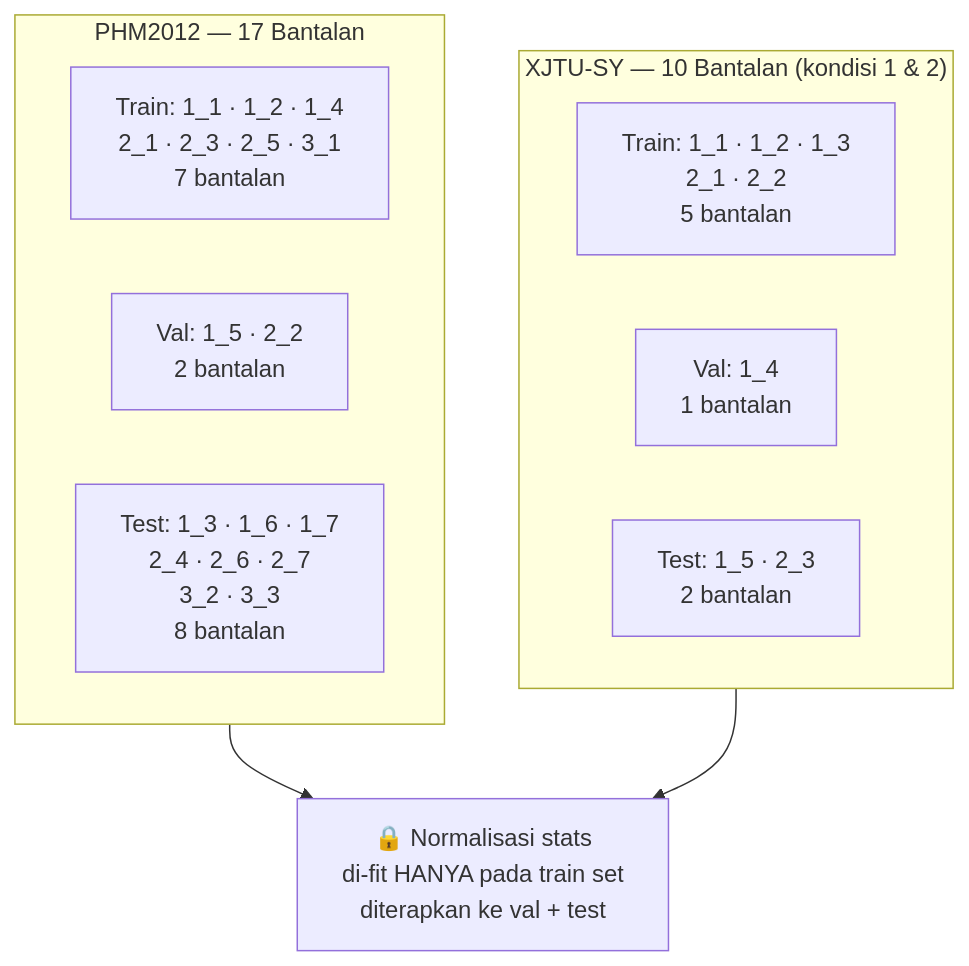
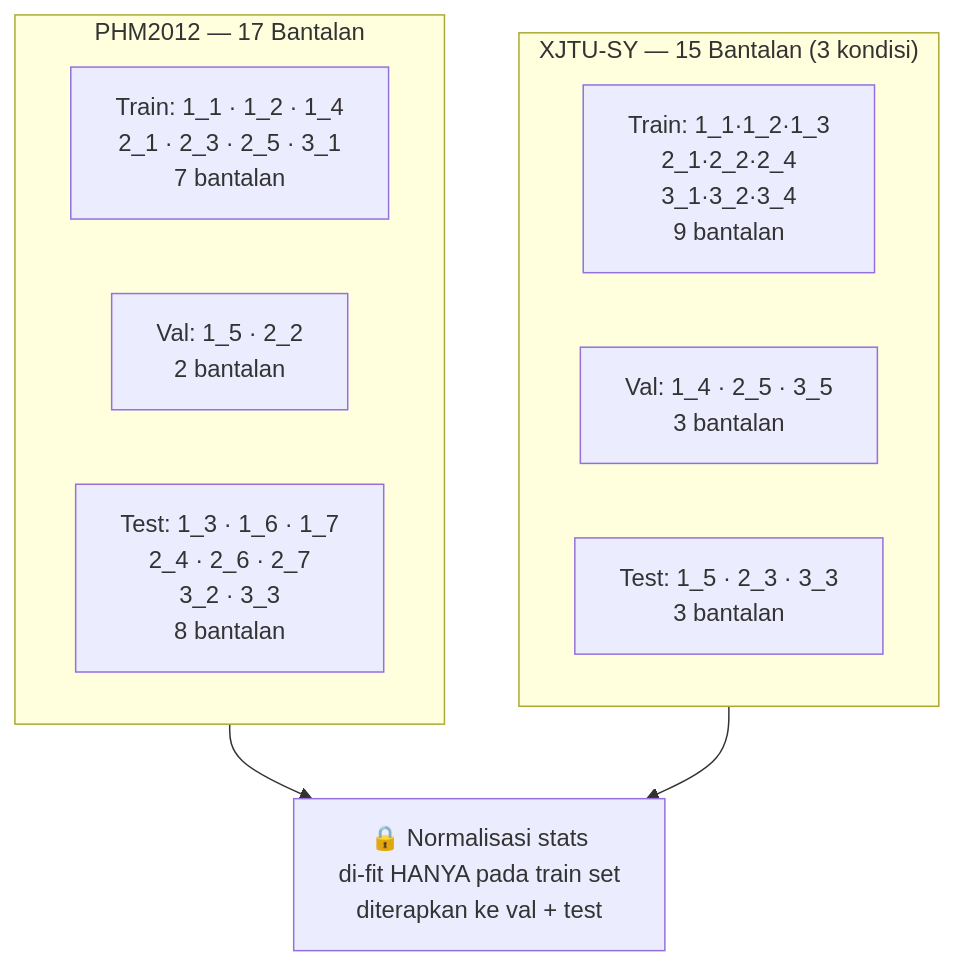
Before and after one commit to ekkirinaldi/rul-bearing-disertation: the third of 5 diagrams in writings/research-design-chart.md, drawn with Mermaid. The commit also changed other lines of this file and 74 other files, not shown here.

````diff
--- a/writings/research-design-chart.md
+++ b/writings/research-design-chart.md
@@ -106,21 +106,21 @@
 ```mermaid
 flowchart TD
     subgraph PHM["PHM2012 — 17 Bantalan"]
         direction LR
         P_TR["Train: 1_1 · 1_2 · 1_4\n       2_1 · 2_3 · 2_5 · 3_1\n       7 bantalan"]
         P_V["Val: 1_5 · 2_2\n     2 bantalan"]
         P_TE["Test: 1_3 · 1_6 · 1_7\n      2_4 · 2_6 · 2_7\n      3_2 · 3_3\n      8 bantalan"]
     end
 
-    subgraph XJTU["XJTU-SY — 10 Bantalan (kondisi 1 & 2)"]
+    subgraph XJTU["XJTU-SY — 15 Bantalan (3 kondisi)"]
         direction LR
-        X_TR["Train: 1_1 · 1_2 · 1_3\n       2_1 · 2_2\n       5 bantalan"]
-        X_V["Val: 1_4\n     1 bantalan"]
-        X_TE["Test: 1_5 · 2_3\n      2 bantalan"]
+        X_TR["Train: 1_1·1_2·1_3\n       2_1·2_2·2_4\n       3_1·3_2·3_4\n       9 bantalan"]
+        X_V["Val: 1_4 · 2_5 · 3_5\n     3 bantalan"]
+        X_TE["Test: 1_5 · 2_3 · 3_3\n      3 bantalan"]
     end
 
     NORM["🔒 Normalisasi stats\ndi-fit HANYA pada train set\nditerapkan ke val + test"]
 
     PHM --> NORM
     XJTU --> NORM
 ```
````
